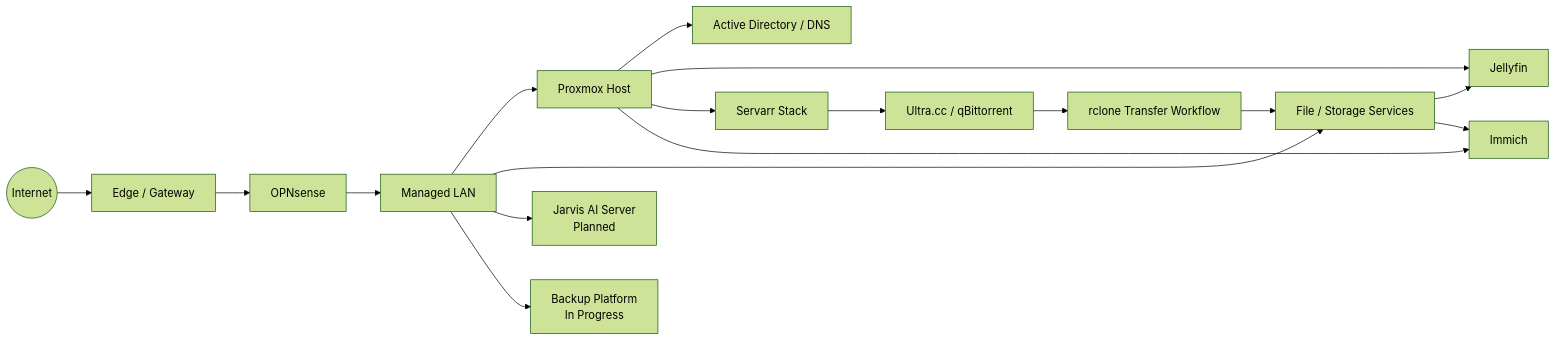
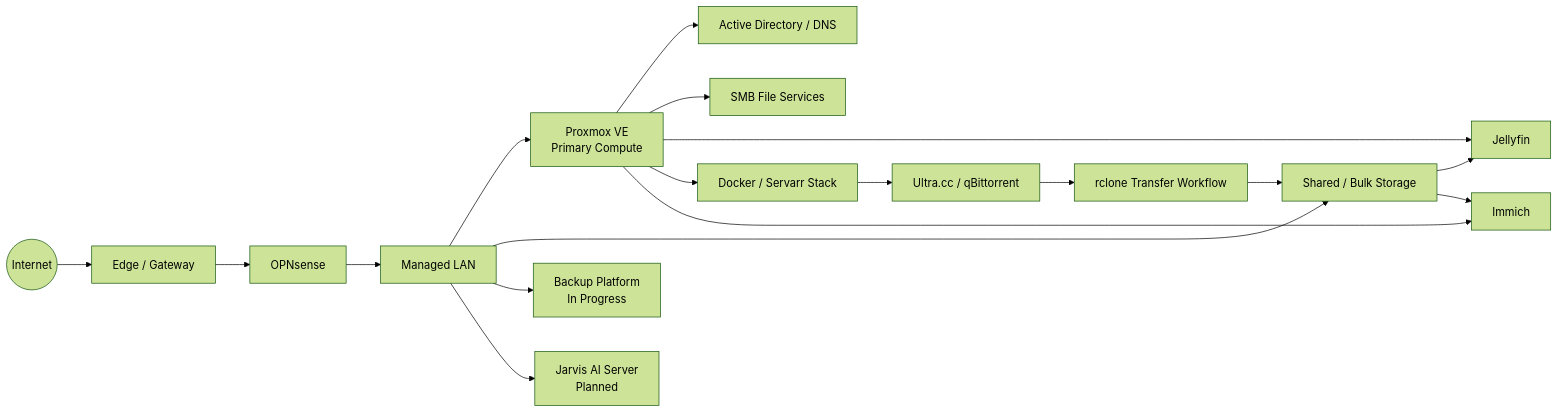
One commit to GamesR2Fun/Home-lab-public changed the first of 2 diagrams in README.md. Above: the diagram before and after it, drawn with Mermaid (forest theme). The commit also changed other lines of this file, not shown here.

````diff
--- a/README.md
+++ b/README.md
@@ -27,22 +66,23 @@
 ```mermaid
 flowchart LR
     Internet((Internet)) --> Edge[Edge / Gateway]
     Edge --> Firewall[OPNsense]
     Firewall --> LAN[Managed LAN]
 
-    LAN --> PVE[Proxmox Host]
-    LAN --> Storage[File / Storage Services]
+    LAN --> PVE[Proxmox VE\nPrimary Compute]
+    LAN --> Storage[Shared / Bulk Storage]
+    LAN --> Backup[Backup Platform\nIn Progress]
     LAN --> AI[Jarvis AI Server\nPlanned]
-    LAN --> Backup[Backup Platform\nIn Progress]
 
     PVE --> AD[Active Directory / DNS]
+    PVE --> Files[SMB File Services]
     PVE --> Jellyfin[Jellyfin]
-    PVE --> Servarr[Servarr Stack]
+    PVE --> Servarr[Docker / Servarr Stack]
     PVE --> Immich[Immich]
 
     Servarr --> Ultra[Ultra.cc / qBittorrent]
     Ultra --> Transfer[rclone Transfer Workflow]
     Transfer --> Storage
     Storage --> Jellyfin
     Storage --> Immich
 ```
````
